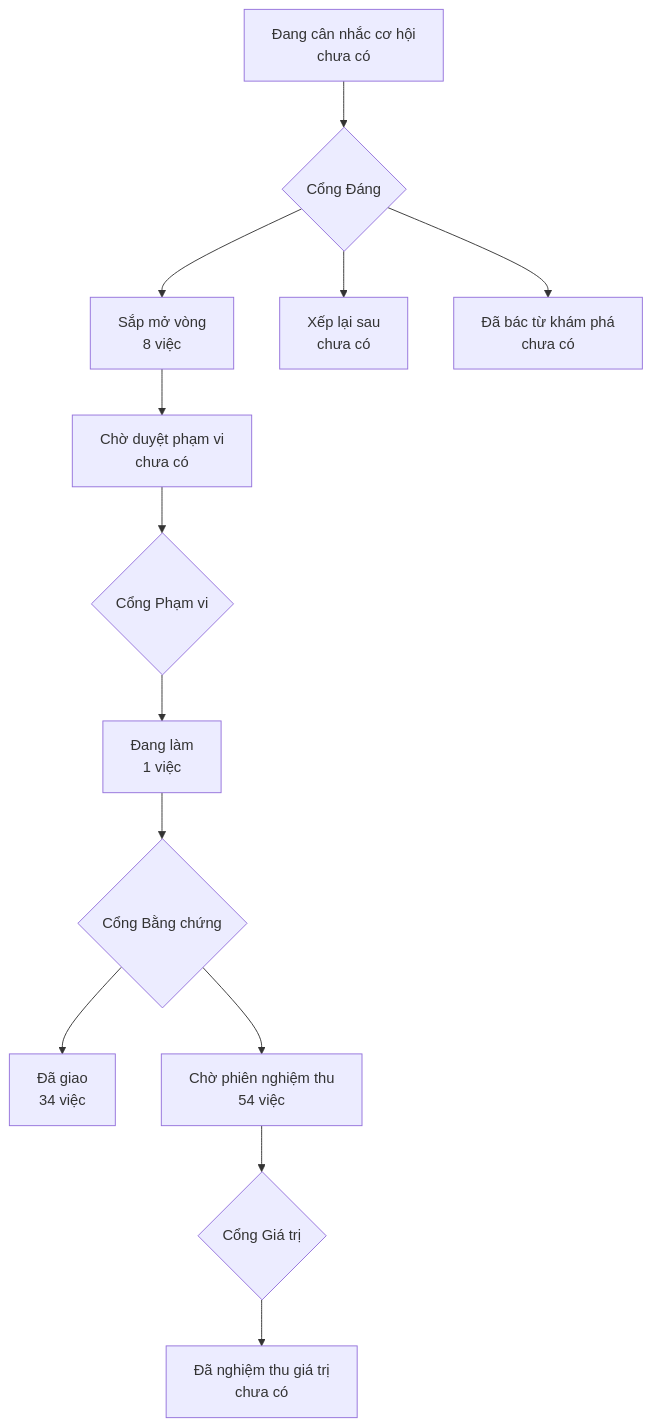
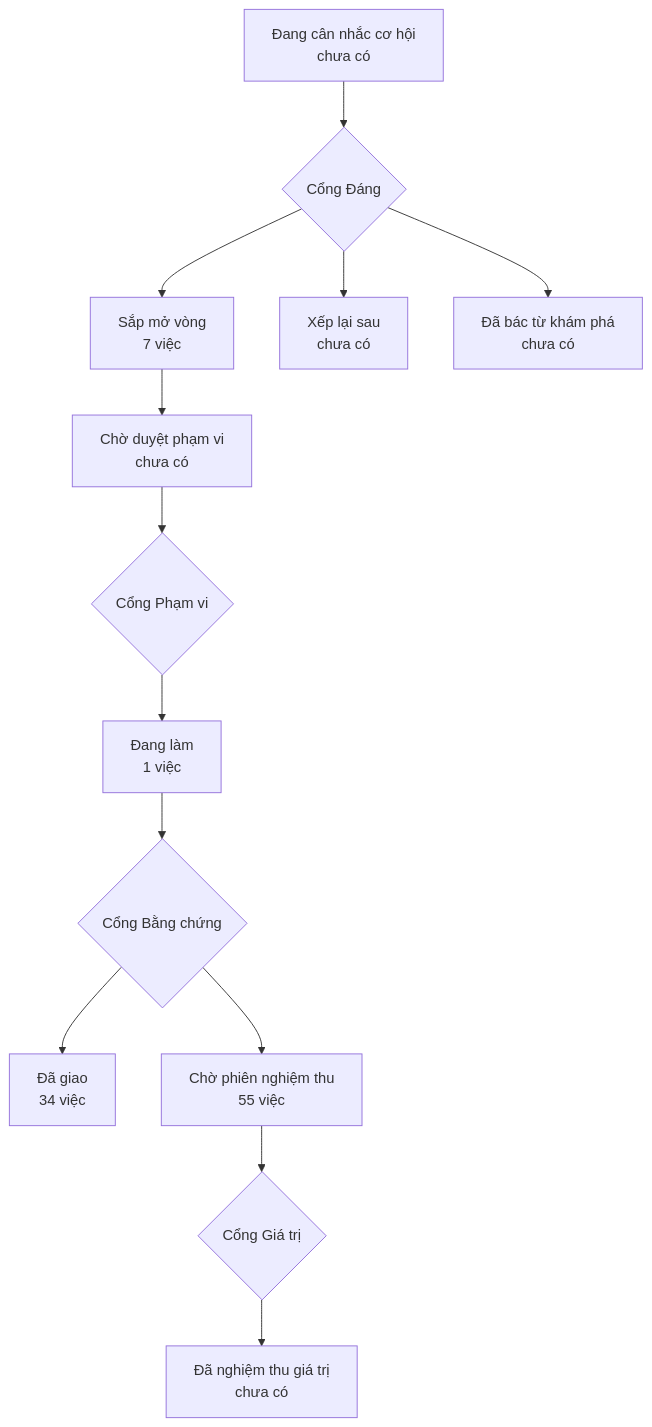
One commit to phanlemanh/onehub-inventory changed the diagram in PRODUCT-MAP.md. Above: the diagram before and after it, drawn with Mermaid. The commit also changed 1 other file, not shown here.

Commit message:
docs: redraw the product map and roadmap page after merging main

````diff
--- a/PRODUCT-MAP.md
+++ b/PRODUCT-MAP.md
@@ -7,12 +7,12 @@
 ```mermaid
 flowchart TD
   A["Đang cân nhắc cơ hội<br/>chưa có"] --> GD{"Cổng Đáng"}
-  GD --> B["Sắp mở vòng<br/>8 việc"]
+  GD --> B["Sắp mở vòng<br/>7 việc"]
   GD --> XL["Xếp lại sau<br/>chưa có"]
   GD --> DB["Đã bác từ khám phá<br/>chưa có"]
   B --> CD["Chờ duyệt phạm vi<br/>chưa có"] --> GP{"Cổng Phạm vi"}
   GP --> DL["Đang làm<br/>1 việc"] --> GB{"Cổng Bằng chứng"}
   GB --> DG["Đã giao<br/>34 việc"]
-  GB --> CN["Chờ phiên nghiệm thu<br/>54 việc"] --> GG{"Cổng Giá trị"}
+  GB --> CN["Chờ phiên nghiệm thu<br/>55 việc"] --> GG{"Cổng Giá trị"}
   GG --> NT["Đã nghiệm thu giá trị<br/>chưa có"]
 ```
````
